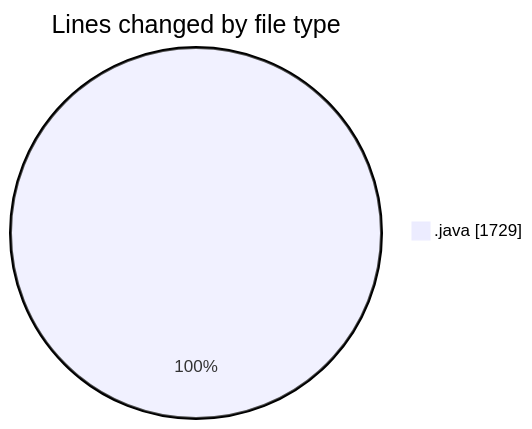
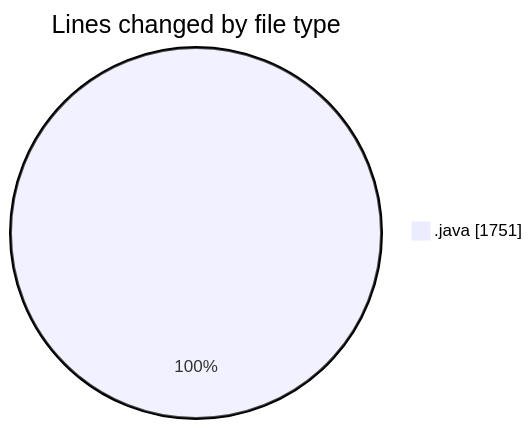
The first of 2 diagrams in 2025-02-23/micros/README.md (charlie-sans/code-tracking), drawn with Mermaid before and after one commit. The commit also changed other lines of this file and 1 other file, not shown here.

````diff
--- a/2025-02-23/micros/README.md
+++ b/2025-02-23/micros/README.md
@@ -27,5 +27,5 @@
 ```mermaid
 pie showData
 title Lines changed by file type
-".java" : 1729
+".java" : 1751
 ```
````
